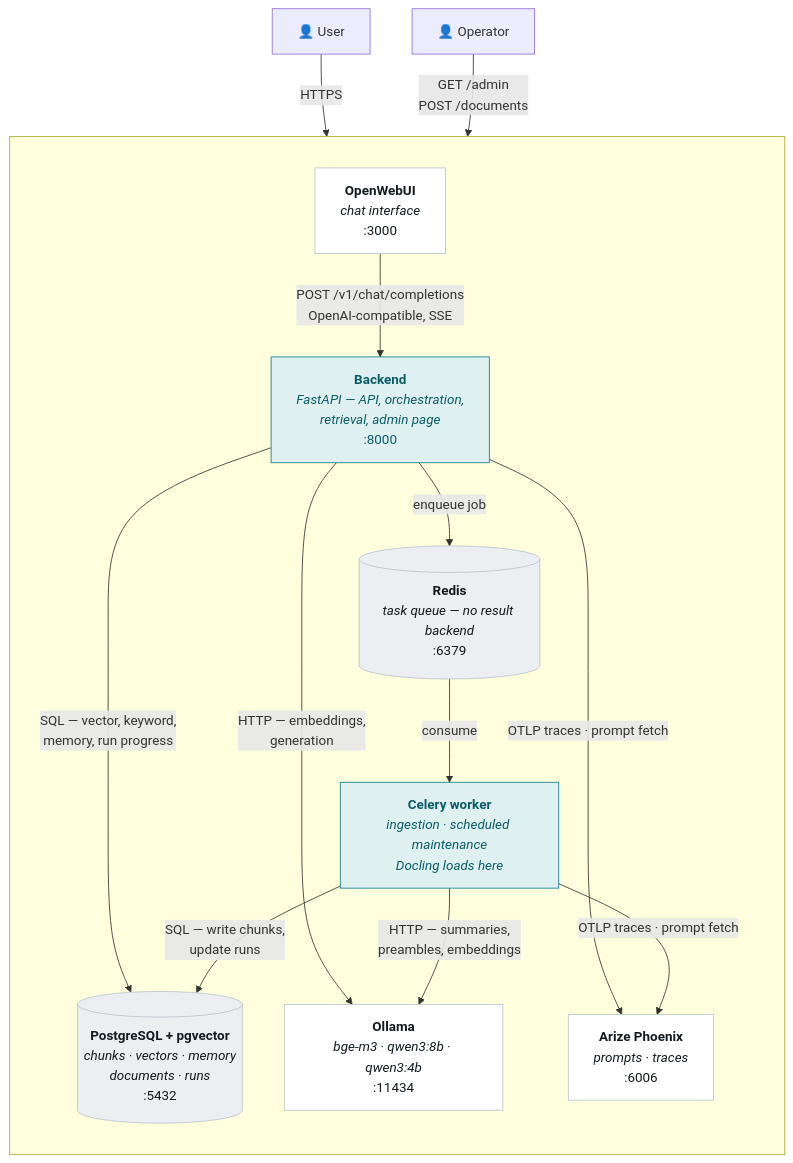
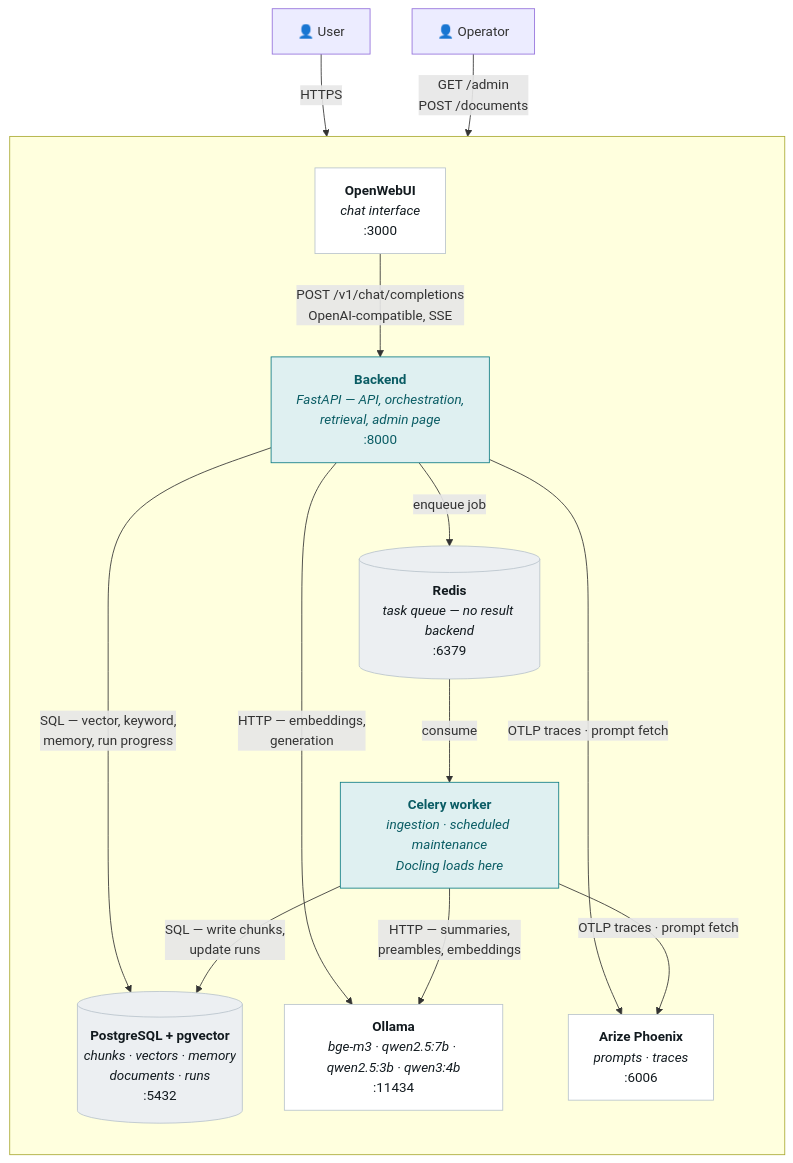
One commit to chirag-sanghvi-93/document_search_platform changed the second of 6 diagrams in doc/02-architecture.md. Above: the diagram before and after it, drawn with Mermaid. The commit also changed other lines of this file and 1 other file, not shown here.

Commit message:
UPDATED problem-statement and Architecture

````diff
--- a/doc/02-architecture.md
+++ b/doc/02-architecture.md
@@ -56,39 +56,39 @@
 ```mermaid
 flowchart TB
     user["👤 User"]
     operator["👤 Operator"]
 
     subgraph stack [" "]
         direction TB
         ui["<b>OpenWebUI</b><br/><i>chat interface</i><br/>:3000"]
         api["<b>Backend</b><br/><i>FastAPI — API, orchestration,<br/>retrieval, admin page</i><br/>:8000"]
         worker["<b>Celery worker</b><br/><i>ingestion · scheduled maintenance</i><br/><i>Docling loads here</i>"]
         redis[("<b>Redis</b><br/><i>task queue — no result backend</i><br/>:6379")]
         db[("<b>PostgreSQL + pgvector</b><br/><i>chunks · vectors · memory<br/>documents · runs</i><br/>:5432")]
         phoenix["<b>Arize Phoenix</b><br/><i>prompts · traces</i><br/>:6006"]
-        ollama["<b>Ollama</b><br/><i>bge-m3 · qwen3:8b · qwen3:4b</i><br/>:11434"]
+        ollama["<b>Ollama</b><br/><i>bge-m3 · qwen2.5:7b · qwen2.5:3b · qwen3:4b</i><br/>:11434"]
     end
 
     user -->|"HTTPS"| ui
     ui -->|"POST /v1/chat/completions<br/>OpenAI-compatible, SSE"| api
     operator -->|"GET /admin<br/>POST /documents"| api
 
     api -->|"enqueue job"| redis
     redis -->|"consume"| worker
 
     api -->|"SQL — vector, keyword,<br/>memory, run progress"| db
     worker -->|"SQL — write chunks,<br/>update runs"| db
 
     api -->|"HTTP — embeddings,<br/>generation"| ollama
     worker -->|"HTTP — summaries,<br/>preambles, embeddings"| ollama
 
     api -->|"OTLP traces · prompt fetch"| phoenix
     worker -->|"OTLP traces · prompt fetch"| phoenix
 
     classDef svc fill:#FFFFFF,stroke:#B9C4CC,color:#121A1F
     classDef store fill:#ECEFF2,stroke:#B9C4CC,color:#121A1F
     classDef focus fill:#DFF0F1,stroke:#0E7C86,color:#0A5C64
     class ui,phoenix,ollama svc
     class db,redis store
     class api,worker focus
 ```
````
